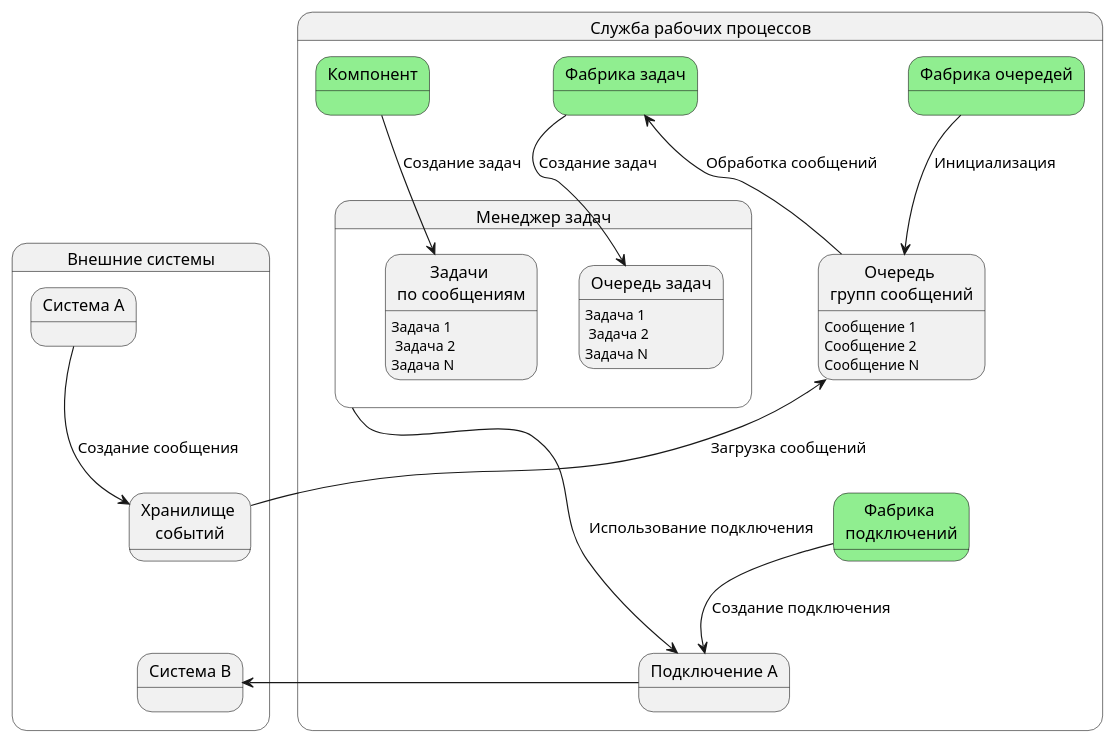
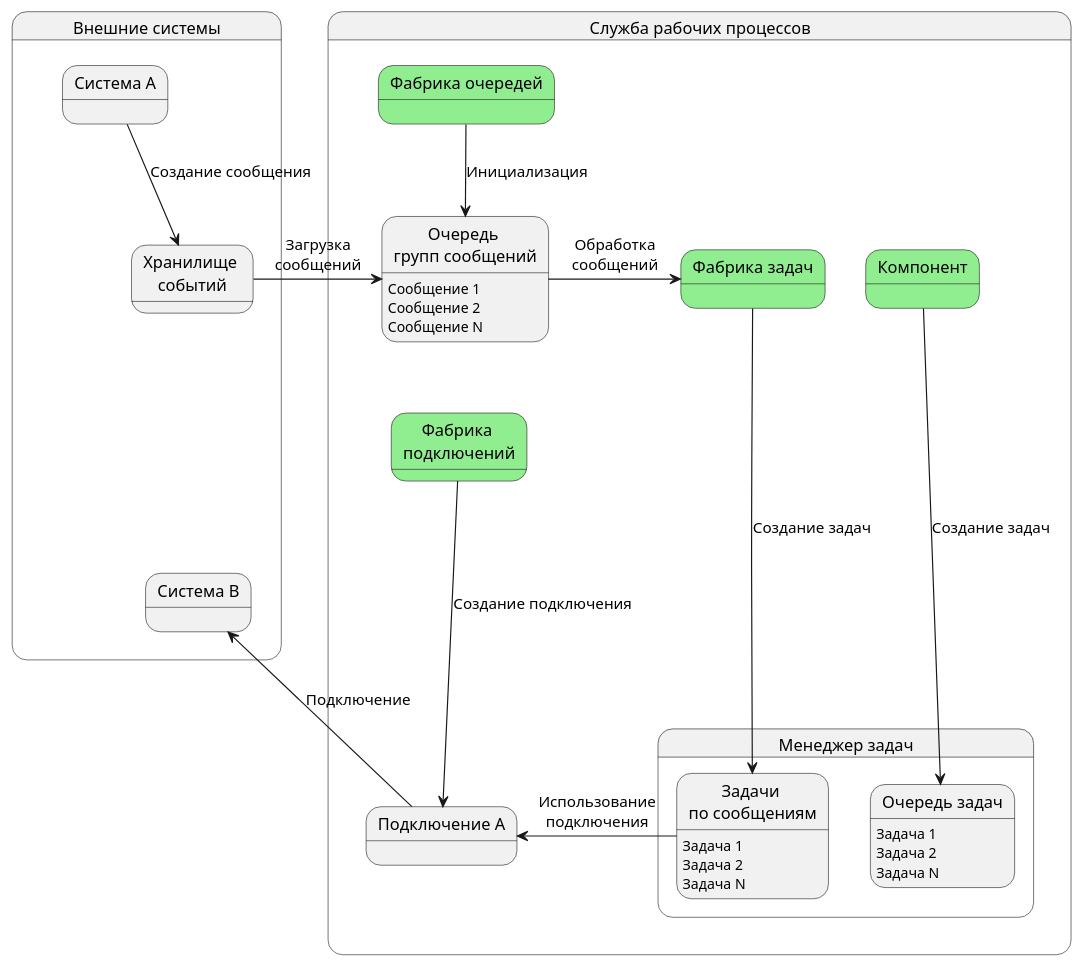
Before and after one commit to Docsvision/antora-worker-service: the diagram in modules/extensions/pages/messageHandling.adoc, drawn with PlantUML. The commit also changed other lines of this file and 24 other files, not shown here.

```diff
--- a/modules/extensions/pages/messageHandling.adoc
+++ b/modules/extensions/pages/messageHandling.adoc
@@ -8,68 +6,57 @@
 [plantuml, svg]
 ....
 @startuml
+'!pragma layout elk
 skinparam rectangleBorderThickness 1
 skinparam defaultTextAlignment center
 skinparam lifelineStrategy solid
 
 State "Внешние системы" as ext {
 
 State "Система A" as sysA
 State "Хранилище \nсобытий" as store
 State "Система B" as sysB
 
 }
 
 State "Служба рабочих процессов" as serv {
-
 
 State "Фабрика очередей" as queuesFactory #lightgreen
 State "Очередь \nгрупп сообщений" as msgGroupQueue
 msgGroupQueue : Сообщение 1 \nСообщение 2 \nСообщение N
 
 State "Фабрика задач" as tasksFactory #lightgreen
 State "Компонент" as comp #lightgreen
 
 State "Фабрика \nподключений" as connectionsFactory #lightgreen
 State "Подключение A" as conA
 
 State "Менеджер задач" as mngr {
 
 State "Задачи \nпо сообщениям" as msgTasks
 State "Очередь задач" as tasksQueue
 
 }
 
 }
 
-sysA -> store : Создание сообщения
-sysA -[hidden]-> store
-store -[hidden]-> sysB
-sysA -[hidden]-> sysB
+ext -[hidden]> serv
+sysA --> store : Создание сообщения
+store ---[hidden]> sysB
+store -> msgGroupQueue : Загрузка\nсообщений
+msgGroupQueue -u> tasksFactory : Обработка\nсообщений
+msgGroupQueue -[hidden]d-> connectionsFactory
 
-tasksFactory -> tasksQueue : Создание задач
-comp -[hidden]-> mngr
-tasksFactory -[hidden]-> mngr
-queuesFactory -[hidden]-> msgGroupQueue
-tasksFactory -[hidden]-> msgGroupQueue
+tasksFactory ---> msgTasks : Создание задач
+queuesFactory --> msgGroupQueue : Инициализация
+tasksFactory -[hidden]> comp
+msgTasks : Задача 1\nЗадача 2 \nЗадача N
+tasksQueue : Задача 1\nЗадача 2 \nЗадача N
+comp --> tasksQueue : Создание задач
 
+connectionsFactory ---> conA : Создание подключения
+msgTasks -l> conA : Использование\nподключения
 
-queuesFactory -> msgGroupQueue : Инициализация
-msgTasks : Задача 1\n Задача 2 \nЗадача N
-tasksQueue : Задача 1\n Задача 2 \nЗадача N
-msgGroupQueue -> tasksFactory : Обработка сообщений
-comp -> msgTasks : Создание задач
-
-connectionsFactory -[hidden]-> conA
-msgGroupQueue -[hidden]-> connectionsFactory
-connectionsFactory -> conA : Создание подключения
-mngr -> conA : Использование подключения
-
-conA -> sysB
-store -> msgGroupQueue : Загрузка сообщений
-queuesFactory -[hidden]-> connectionsFactory
-queuesFactory -[hidden]-> msgGroupQueue
-queuesFactory -[hidden]-> conA
-
+conA -> sysB : Подключение
 @enduml
 ....
```
